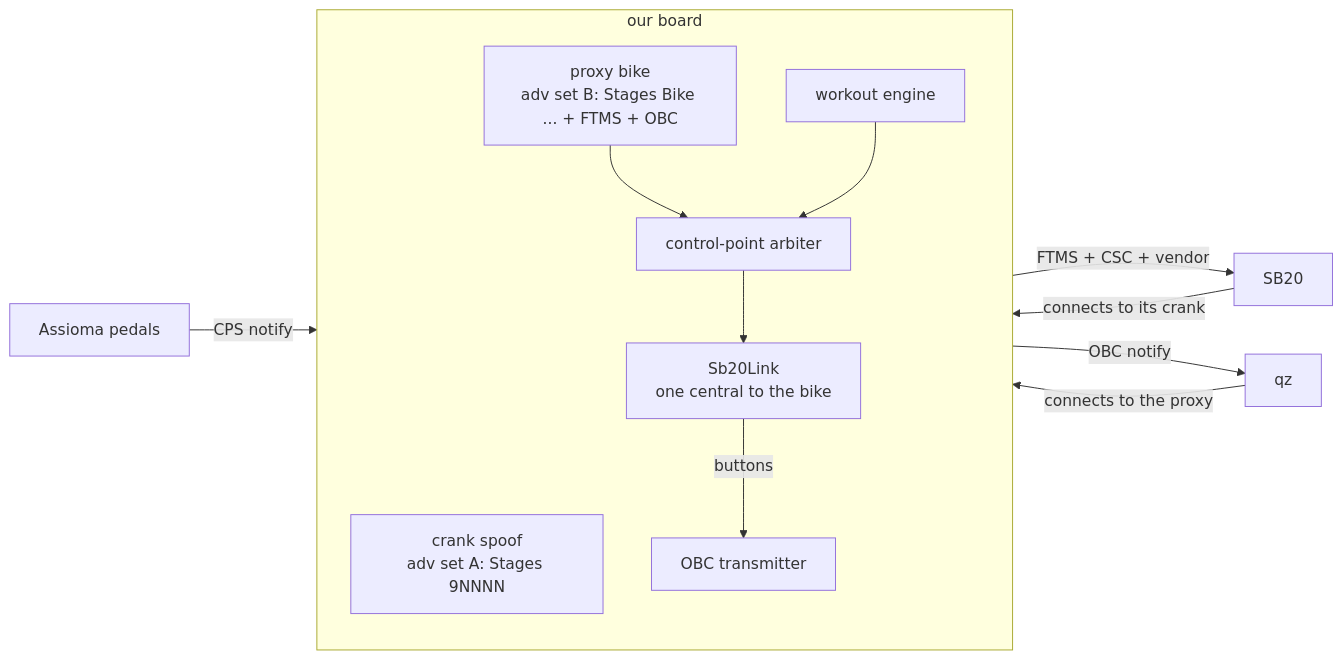
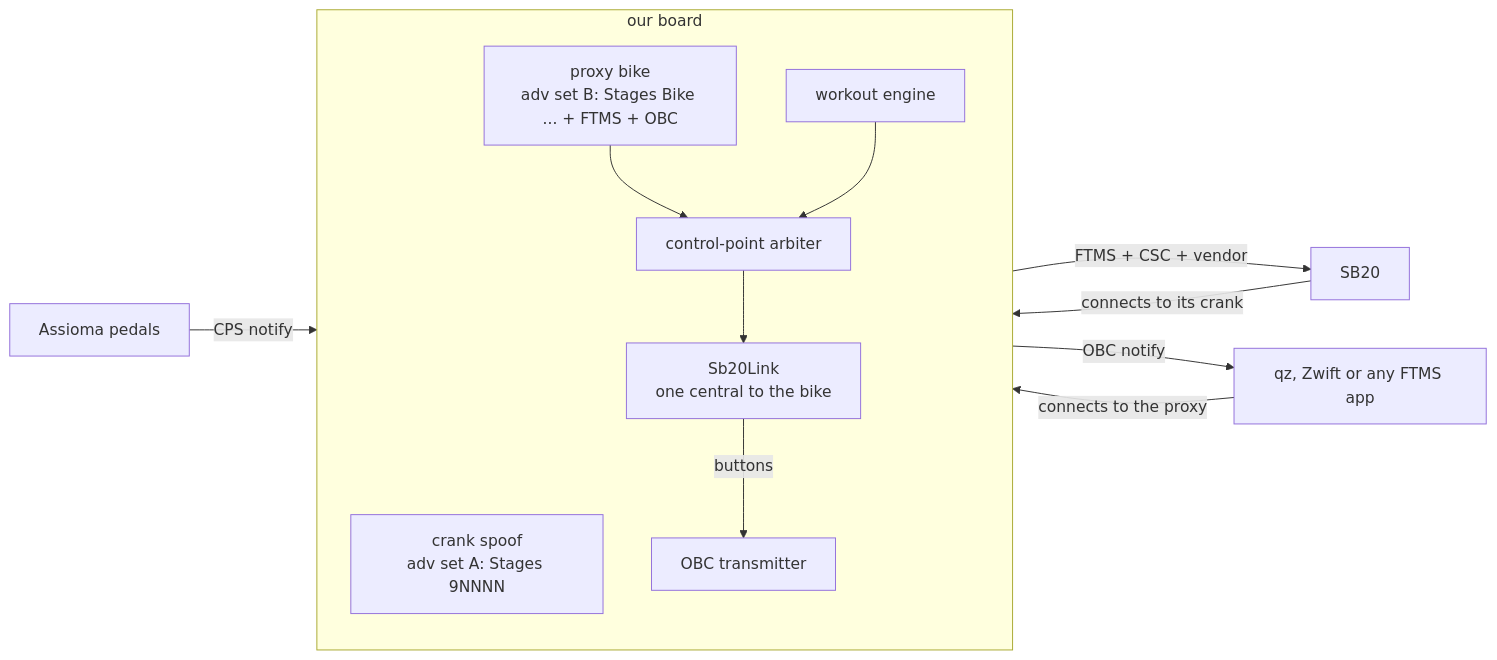
One commit to cauldnz/SB20-power-proxy changed the diagram in code/findings/sb20-full-proxy.md. Above: the diagram before and after it, drawn with Mermaid. The commit also changed other lines of this file and 2 other files, not shown here.

First line of the commit message:
docs(findings): the full proxy serves any FTMS app, not only qz (#291)

````diff
--- a/code/findings/sb20-full-proxy.md
+++ b/code/findings/sb20-full-proxy.md
@@ -63,21 +67,21 @@
 ```mermaid
 flowchart LR
   A[Assioma pedals] -- CPS notify --> B
   subgraph B[our board]
     direction TB
     C[crank spoof<br/>adv set A: Stages 9NNNN]
     L[Sb20Link<br/>one central to the bike]
     P[proxy bike<br/>adv set B: Stages Bike ... + FTMS + OBC]
     R[control-point arbiter]
     W[workout engine]
     O[OBC transmitter]
   end
   S[SB20] -- connects to its crank --> C
   L -- FTMS + CSC + vendor --> S
-  Q[qz] -- connects to the proxy --> P
+  Q[qz, Zwift or any FTMS app] -- connects to the proxy --> P
   P --> R
   W --> R
   R --> L
   L -- buttons --> O
   O -- OBC notify --> Q
 ```
````
